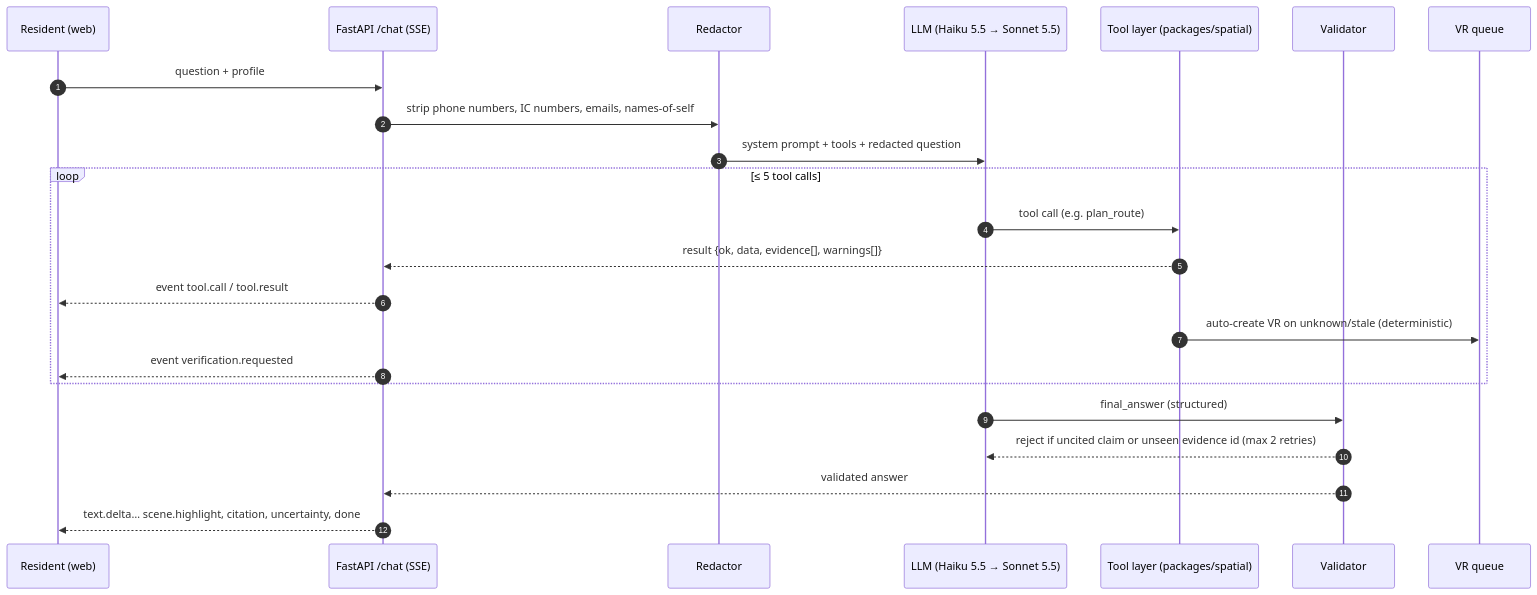
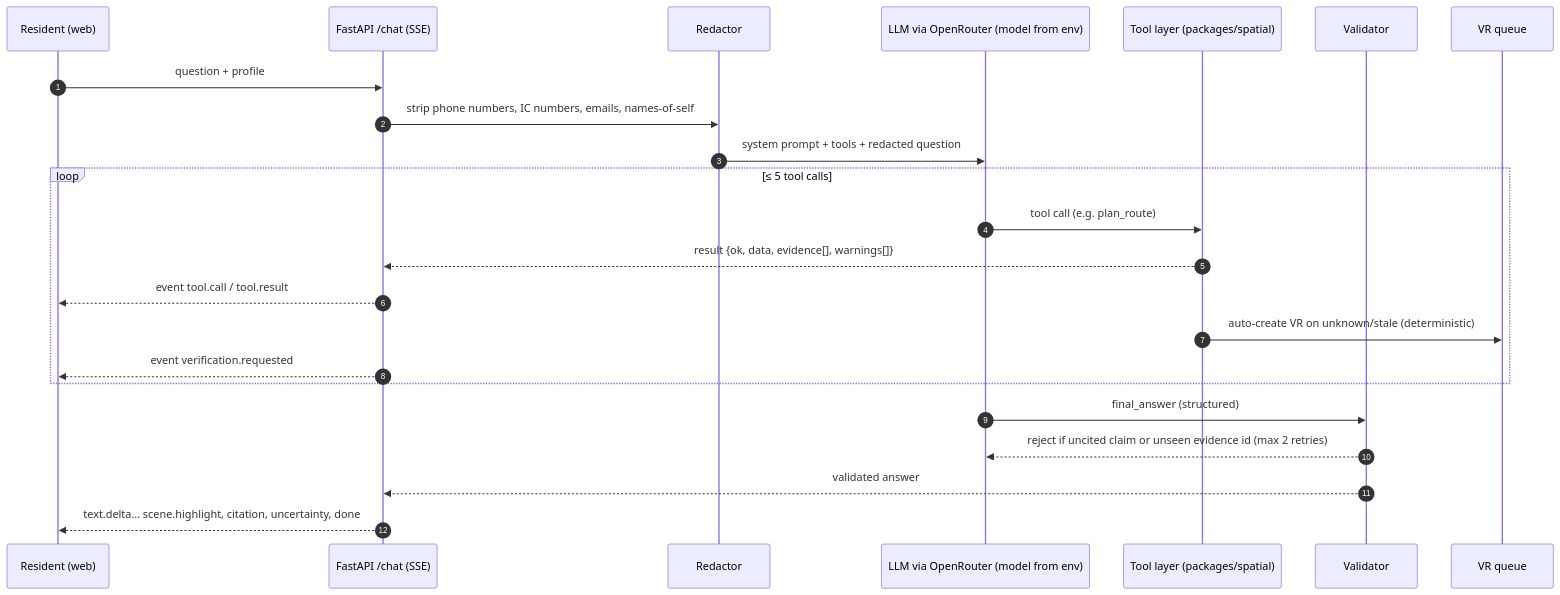
Before and after one commit to TIONYUNZHE2004/SunNewBee: the diagram in docs/04-architecture/ai-assistant-design.md, drawn with Mermaid. The commit also changed other lines of this file and 1 other file, not shown here.

Commit message:
Rewrite 3D pipeline for Cesium; update AI assistant design for PydanticAI/OpenRouter, flood and waste tools

````diff
--- a/docs/04-architecture/ai-assistant-design.md
+++ b/docs/04-architecture/ai-assistant-design.md
@@ -13,26 +15,26 @@
 ```mermaid
 sequenceDiagram
   autonumber
   participant U as Resident (web)
   participant API as FastAPI /chat (SSE)
   participant R as Redactor
-  participant L as LLM (Haiku 5.5 → Sonnet 5.5)
+  participant L as LLM via OpenRouter (model from env)
   participant T as Tool layer (packages/spatial)
   participant V as Validator
   participant Q as VR queue
 
   U->>API: question + profile
   API->>R: strip phone numbers, IC numbers, emails, names-of-self
   R->>L: system prompt + tools + redacted question
   loop ≤ 5 tool calls
     L->>T: tool call (e.g. plan_route)
     T-->>API: result {ok, data, evidence[], warnings[]}
     API-->>U: event tool.call / tool.result
     T->>Q: auto-create VR on unknown/stale (deterministic)
     API-->>U: event verification.requested
   end
   L->>V: final_answer (structured)
   V-->>L: reject if uncited claim or unseen evidence id (max 2 retries)
   V-->>API: validated answer
   API-->>U: text.delta… scene.highlight, citation, uncertainty, done
 ```
````
